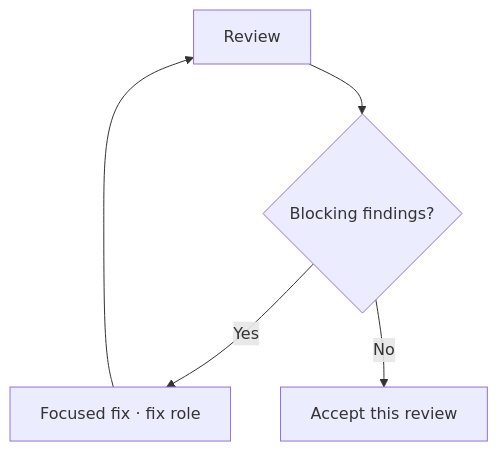
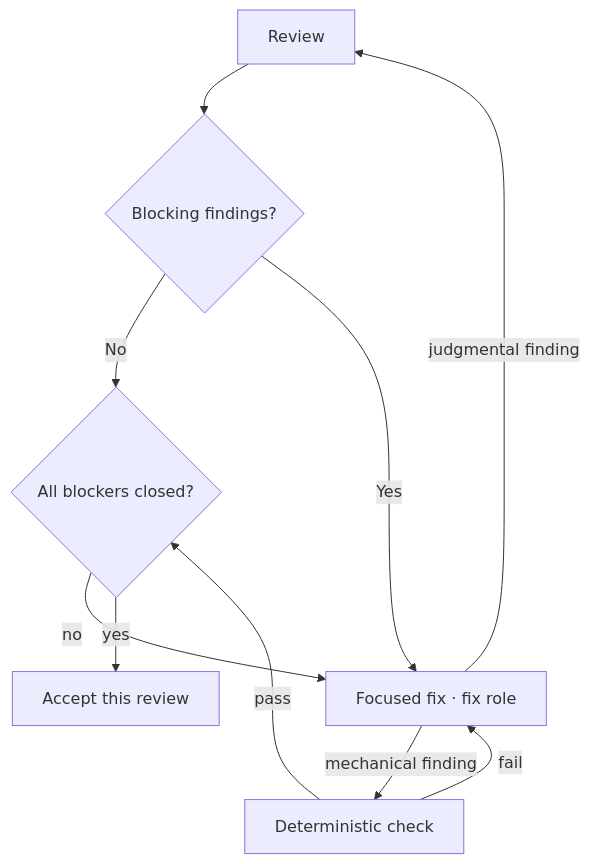
One commit to alefranz/AgenticAle changed the second of 2 diagrams in docs/skills/work/index.md. Above: the diagram before and after it, drawn with Mermaid. The commit also changed other lines of this file and 10 other files, not shown here.

````diff
--- a/docs/skills/work/index.md
+++ b/docs/skills/work/index.md
@@ -189,7 +211,12 @@
 ```mermaid
 flowchart TD
     Review[Review] --> Findings{Blocking findings?}
+    Findings -->|No| AllClosed
     Findings -->|Yes| Fix[Focused fix · fix role]
-    Fix --> Review
-    Findings -->|No| Accepted[Accept this review]
+    Fix -->|mechanical finding| Check[Deterministic check]
+    Check -->|pass| AllClosed{All blockers closed?}
+    AllClosed -->|no| Fix
+    AllClosed -->|yes| Accepted[Accept this review]
+    Check -->|fail| Fix
+    Fix -->|judgmental finding| Review
 ```
````
